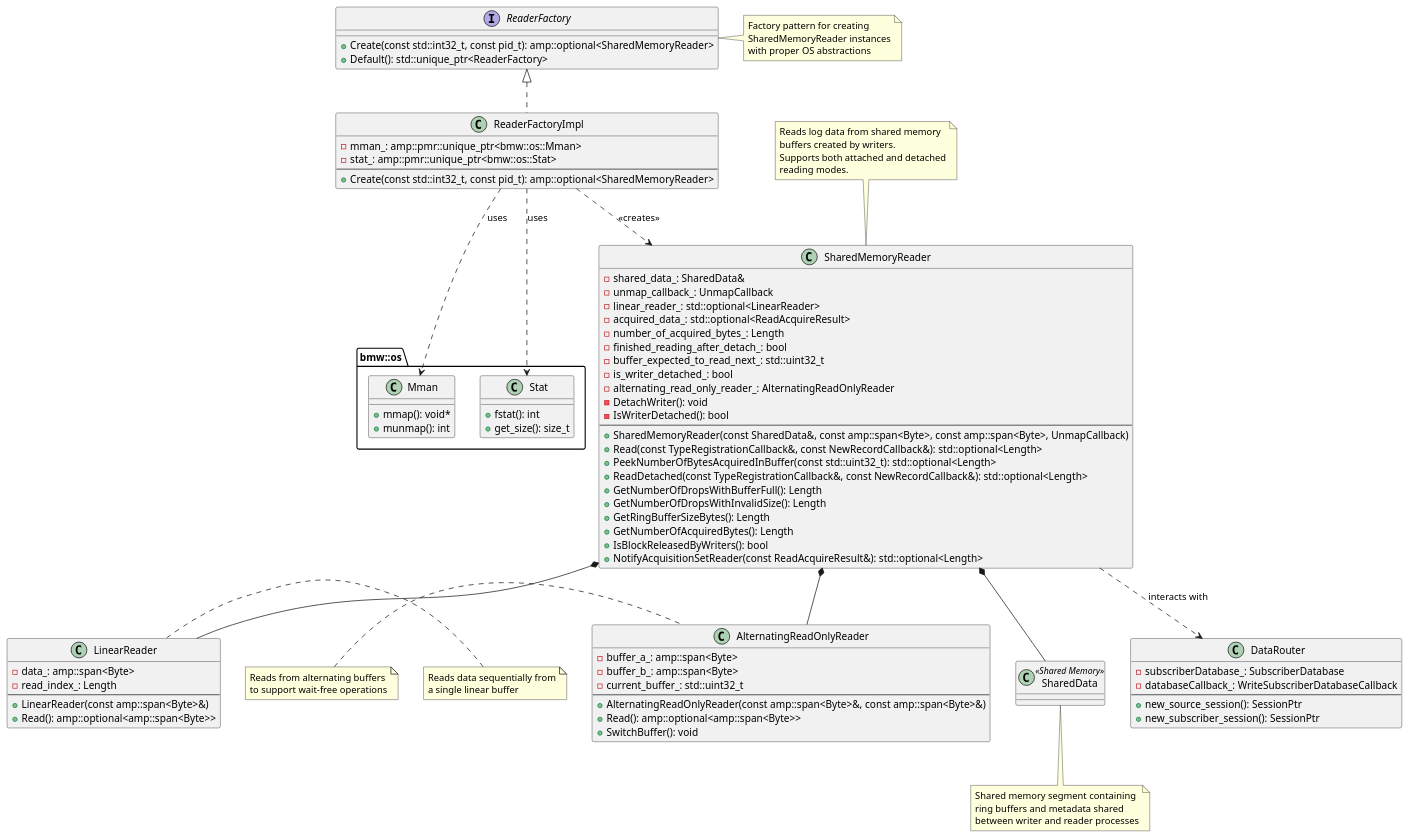
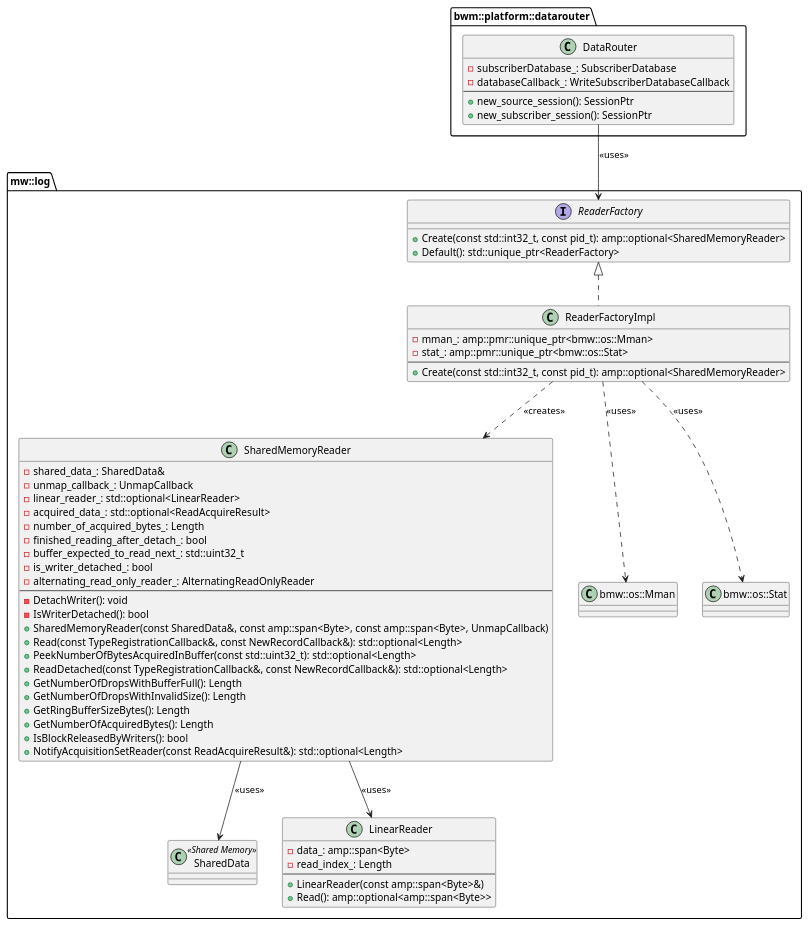
One commit to eclipse-score/inc_mw_log changed the diagram in design/mw_log_shared_memory_reader.puml. Above: the diagram before and after it, drawn with PlantUML. The commit also changed 3 other files, not shown here.

Commit message:
More diagrams

```diff
--- a/design/mw_log_shared_memory_reader.puml
+++ b/design/mw_log_shared_memory_reader.puml
@@ -1,122 +1,83 @@
 @startuml mw_log_shared_memory_reader
+
+package "mw::log"
+{
 
 interface ReaderFactory {
   + Create(const std::int32_t, const pid_t): amp::optional<SharedMemoryReader>
   + Default(): std::unique_ptr<ReaderFactory>
 }
 
 class ReaderFactoryImpl {
   - mman_: amp::pmr::unique_ptr<bmw::os::Mman>
   - stat_: amp::pmr::unique_ptr<bmw::os::Stat>
   --
   + Create(const std::int32_t, const pid_t): amp::optional<SharedMemoryReader>
 }
 
 class SharedMemoryReader {
   - shared_data_: SharedData&
   - unmap_callback_: UnmapCallback
   - linear_reader_: std::optional<LinearReader>
   - acquired_data_: std::optional<ReadAcquireResult>
   - number_of_acquired_bytes_: Length
   - finished_reading_after_detach_: bool
   - buffer_expected_to_read_next_: std::uint32_t
   - is_writer_detached_: bool
   - alternating_read_only_reader_: AlternatingReadOnlyReader
+  --
   - DetachWriter(): void
   - IsWriterDetached(): bool
-  --
   + SharedMemoryReader(const SharedData&, const amp::span<Byte>, const amp::span<Byte>, UnmapCallback)
   + Read(const TypeRegistrationCallback&, const NewRecordCallback&): std::optional<Length>
   + PeekNumberOfBytesAcquiredInBuffer(const std::uint32_t): std::optional<Length>
   + ReadDetached(const TypeRegistrationCallback&, const NewRecordCallback&): std::optional<Length>
   + GetNumberOfDropsWithBufferFull(): Length
   + GetNumberOfDropsWithInvalidSize(): Length
   + GetRingBufferSizeBytes(): Length
   + GetNumberOfAcquiredBytes(): Length
   + IsBlockReleasedByWriters(): bool
   + NotifyAcquisitionSetReader(const ReadAcquireResult&): std::optional<Length>
 }
 
 class SharedData <<Shared Memory>> {
 }
 
 class LinearReader {
   - data_: amp::span<Byte>
   - read_index_: Length
   --
   + LinearReader(const amp::span<Byte>&)
   + Read(): amp::optional<amp::span<Byte>>
 }
 
-class AlternatingReadOnlyReader {
-  - buffer_a_: amp::span<Byte>
-  - buffer_b_: amp::span<Byte>
-  - current_buffer_: std::uint32_t
-  --
-  + AlternatingReadOnlyReader(const amp::span<Byte>&, const amp::span<Byte>&)
-  + Read(): amp::optional<amp::span<Byte>>
-  + SwitchBuffer(): void
+class "bmw::os::Mman" as Mman {
+}
+  
+class "bmw::os::Stat" as Stat {
 }
 
+}
+
+package "bwm::platform::datarouter" as DataRouterPackage{
 class DataRouter {
   - subscriberDatabase_: SubscriberDatabase
   - databaseCallback_: WriteSubscriberDatabaseCallback
   --
   + new_source_session(): SessionPtr
   + new_subscriber_session(): SessionPtr
 }
+}
 
-package "bmw::os" {
-  class Mman {
-    + mmap(): void*
-    + munmap(): int
-  }
-  
-  class Stat {
-    + fstat(): int
-    + get_size(): size_t
-  }
-}
 
 ' Relationships
 ReaderFactory <|.. ReaderFactoryImpl
-ReaderFactoryImpl ..> SharedMemoryReader : "<<creates>>"
-ReaderFactoryImpl ..> Mman : "uses"
-ReaderFactoryImpl ..> Stat : "uses"
+ReaderFactoryImpl ..> Mman : "<< uses >>"
+ReaderFactoryImpl ..> Stat : "<< uses >>"
+ReaderFactoryImpl ..>  SharedMemoryReader : "<< creates >>"
+SharedMemoryReader --> SharedData: "<< uses >>"
+SharedMemoryReader --> LinearReader: "<< uses >>"
 
-SharedMemoryReader *-- SharedData
-SharedMemoryReader *-- LinearReader
-SharedMemoryReader *-- AlternatingReadOnlyReader
-
-SharedMemoryReader ..> DataRouter : "interacts with"
-
-note top of SharedMemoryReader
-  Reads log data from shared memory
-  buffers created by writers.
-  Supports both attached and detached
-  reading modes.
-end note
-
-note right of ReaderFactory
-  Factory pattern for creating
-  SharedMemoryReader instances
-  with proper OS abstractions
-end note
-
-note bottom of SharedData
-  Shared memory segment containing
-  ring buffers and metadata shared
-  between writer and reader processes
-end note
-
-note left of LinearReader
-  Reads data sequentially from
-  a single linear buffer
-end note
-
-note left of AlternatingReadOnlyReader
-  Reads from alternating buffers
-  to support wait-free operations
-end note
+DataRouter --> ReaderFactory : "<< uses >>"
 
 @enduml
```
